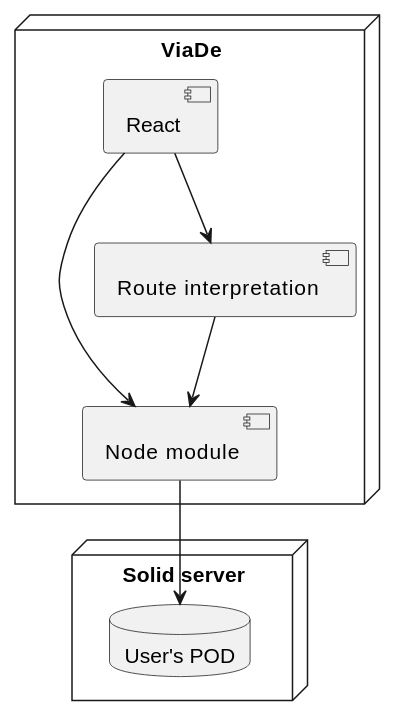
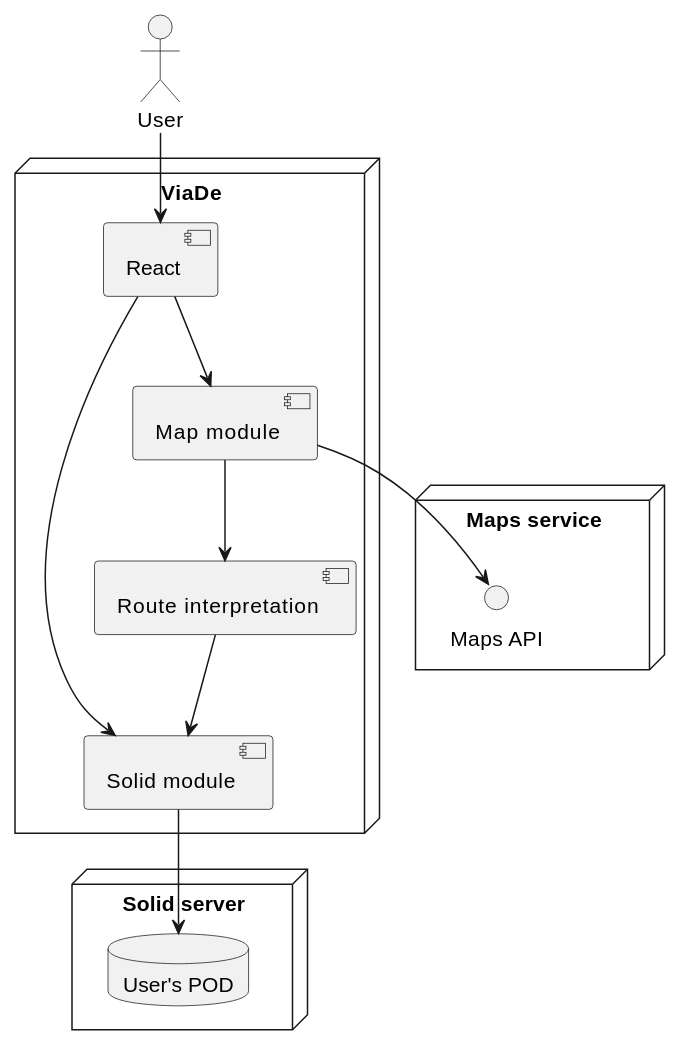
Before and after one commit to Arquisoft/viade_en1b: the diagram in src/docs/05_building_block_view.adoc, drawn with PlantUML. The commit also changed other lines of this file, not shown here.

```diff
--- a/src/docs/05_building_block_view.adoc
+++ b/src/docs/05_building_block_view.adoc
@@ -60,17 +60,25 @@
 [plantuml,"Whitebox overall system",png]
 ----
 node ViaDe {
-    [Node module] as nodemod
+    [Solid module] as solidmod
+    [Map module] as map
     [Route interpretation] as routes
     [React] as react
 }
 
 node "Solid server" {
     database "User's POD" as pod
 }
 
-nodemod --> pod
-routes --> nodemod
-react --> routes
-react --> nodemod
+node "Maps service" {
+    () "Maps API" as imaps
+}
+
+:User: --> react
+react --> map
+map --> routes
+map --> imaps
+routes --> solidmod
+react --> solidmod
+solidmod --> pod
 ----
```
